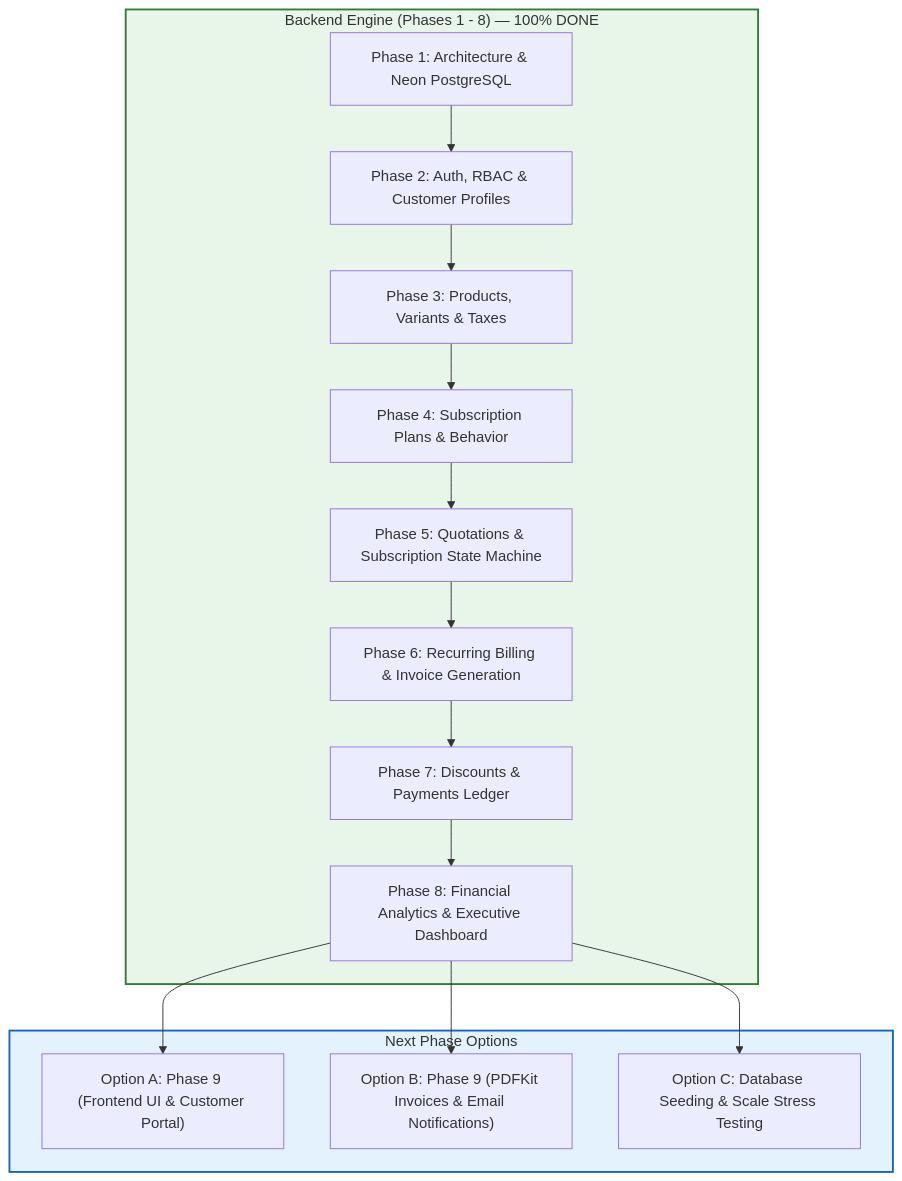
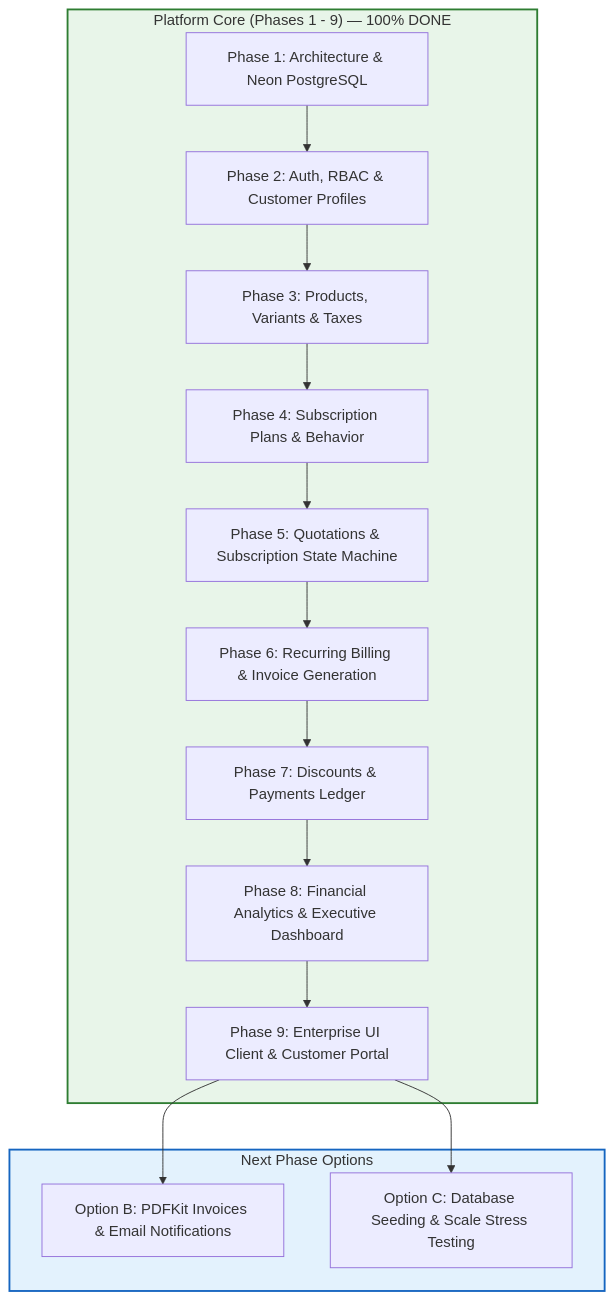
One commit to Sharukhh69/SubFlow changed the second of 2 diagrams in README.md. Above: the diagram before and after it, drawn with Mermaid. The commit also changed other lines of this file, not shown here.

Commit message:
docs: update README with Phase 9 platform completion summary

````diff
--- a/README.md
+++ b/README.md
@@ -60,21 +60,21 @@
 ```mermaid
 flowchart TD
-    subgraph BACKEND_COMPLETED ["Backend Engine (Phases 1 - 8) — 100% DONE"]
+    subgraph PLATFORM_COMPLETED ["Platform Core (Phases 1 - 9) — 100% DONE"]
         P1["Phase 1: Architecture & Neon PostgreSQL"] --> P2["Phase 2: Auth, RBAC & Customer Profiles"]
         P2 --> P3["Phase 3: Products, Variants & Taxes"]
         P3 --> P4["Phase 4: Subscription Plans & Behavior"]
         P4 --> P5["Phase 5: Quotations & Subscription State Machine"]
         P5 --> P6["Phase 6: Recurring Billing & Invoice Generation"]
         P6 --> P7["Phase 7: Discounts & Payments Ledger"]
         P7 --> P8["Phase 8: Financial Analytics & Executive Dashboard"]
+        P8 --> P9["Phase 9: Enterprise UI Client & Customer Portal"]
     end
 
     subgraph UPCOMING ["Next Phase Options"]
-        P8 --> NEXT1["Option A: Phase 9 (Frontend UI & Customer Portal)"]
-        P8 --> NEXT2["Option B: Phase 9 (PDFKit Invoices & Email Notifications)"]
-        P8 --> NEXT3["Option C: Database Seeding & Scale Stress Testing"]
+        P9 --> NEXT1["Option B: PDFKit Invoices & Email Notifications"]
+        P9 --> NEXT2["Option C: Database Seeding & Scale Stress Testing"]
     end
 
-    style BACKEND_COMPLETED fill:#e8f5e9,stroke:#2e7d32,stroke-width:2px
+    style PLATFORM_COMPLETED fill:#e8f5e9,stroke:#2e7d32,stroke-width:2px
     style UPCOMING fill:#e3f2fd,stroke:#1565c0,stroke-width:2px
 ```
````
